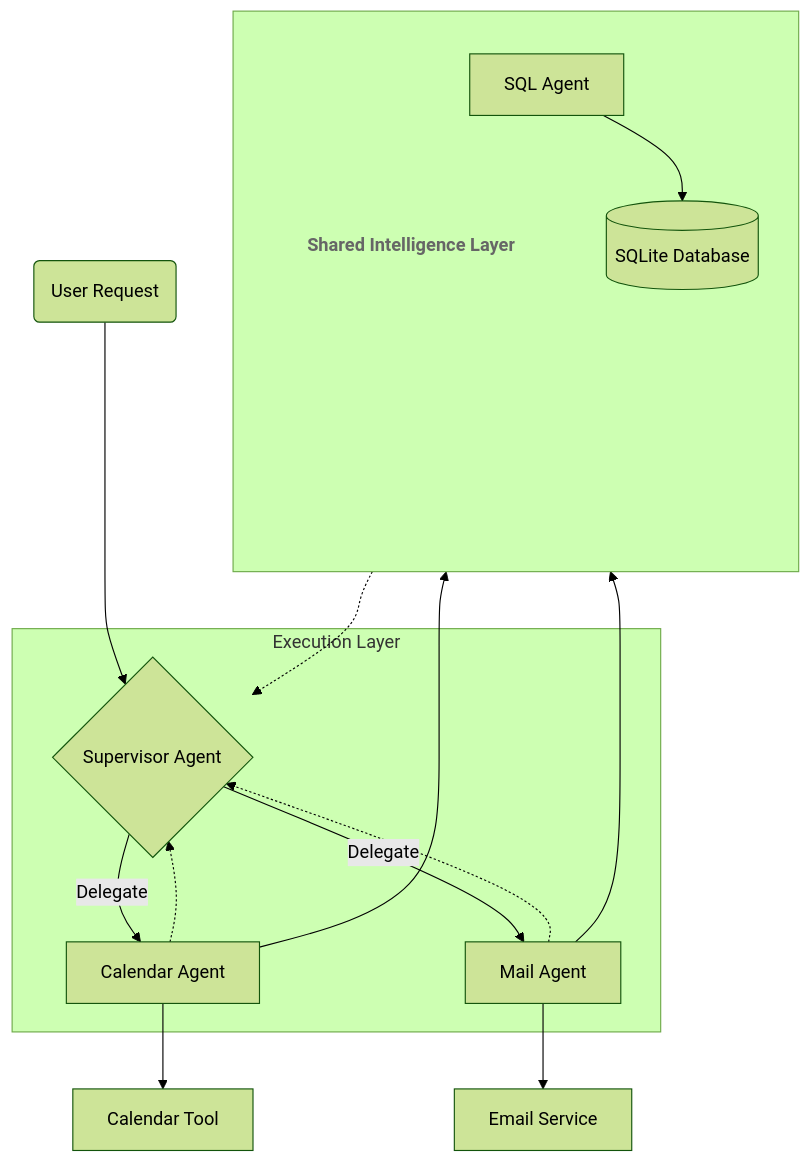
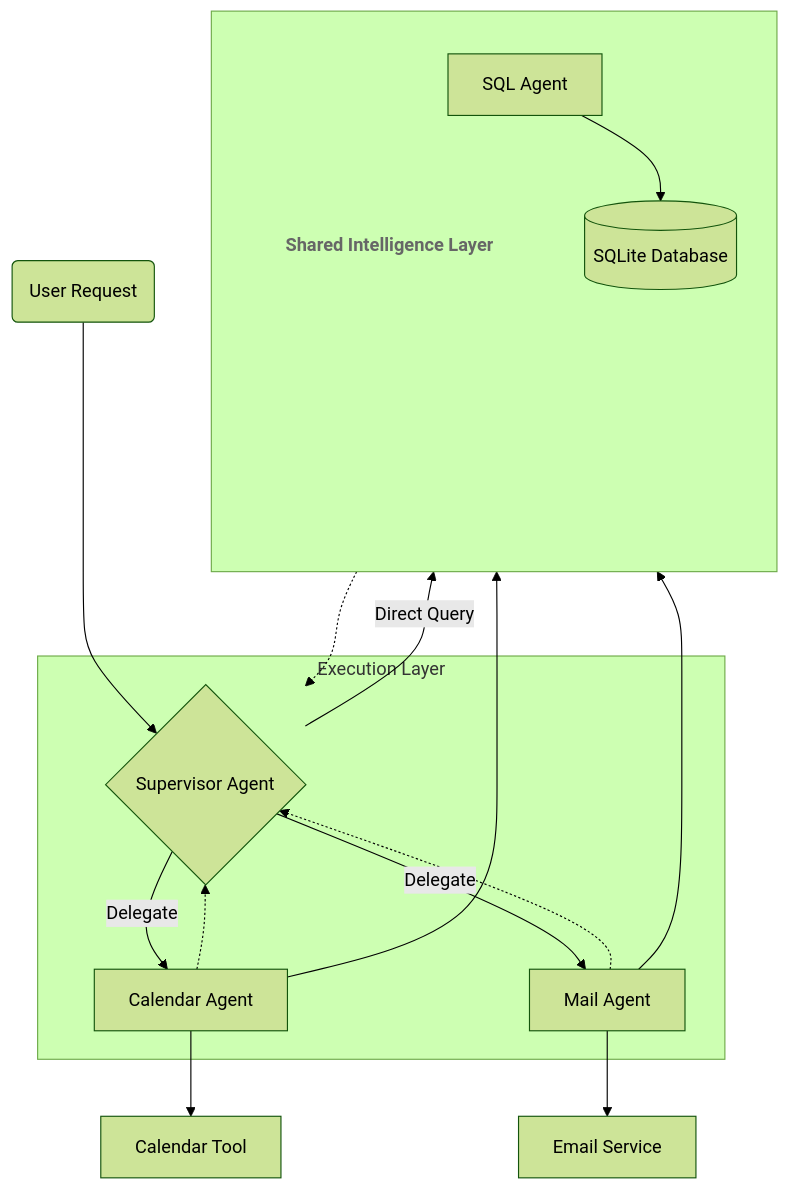
The diagram in README.md (danielecelsa/mail-calendar-assistant), drawn with Mermaid (forest theme) before and after one commit.

Commit message:
Readme graph

````diff
--- a/README.md
+++ b/README.md
@@ -45,48 +45,51 @@
 ```mermaid
 graph TD
     User(User Request) --> Supervisor{Supervisor Agent}
     
     subgraph "Execution Layer"
         Supervisor -- "Delegate" --> Cal[Calendar Agent]
         Supervisor -- "Delegate" --> Mail[Mail Agent]
     end
     
     %% 1. Use a blank title [" "] to clear the top space
     subgraph SIL [" "]
         direction TB
         
         %% 2. The Core Boxes
         SQL[SQL Agent]
         DB[(SQLite Database)]
         SQL --> DB
         
         %% 3. The Footer Row (L=Label, C=Center, R=Right Spacer)
         %% This creates a wide base that prevents the "Side-by-Side" flip
         L["Shared Intelligence Layer"] ~~~ C[ ] ~~~ R[ ]
         
         %% 4. Keep things centered and pushed to the bottom
         DB ~~~ C
         SQL ~~~ L
     end
     
     %% 5. The "Vertical Lock"
     %% Linking the side-workers to the SQL agent helps keep the vertical flow
     Cal --> SQL
     Mail --> SQL
+
+    %% The Supervisor can call SQL directly
+    Supervisor -- "Direct Query" --> SQL
     
     %% Tool Connections
     Cal --> GCal[Calendar Tool]
     Mail --> SMTP[Email Service]
     
     %% Returns
     Cal -.-> Supervisor
     Mail -.-> Supervisor
     SQL -.-> Supervisor
 
     %% STYLING
     classDef labelStyle fill:none,stroke:none,color:#666,font-weight:bold,font-size:16px;
     classDef invisible fill:none,stroke:none,color:#0000,font-size:0px;
     
     class L labelStyle;
     class C,R invisible;
 ```
````
